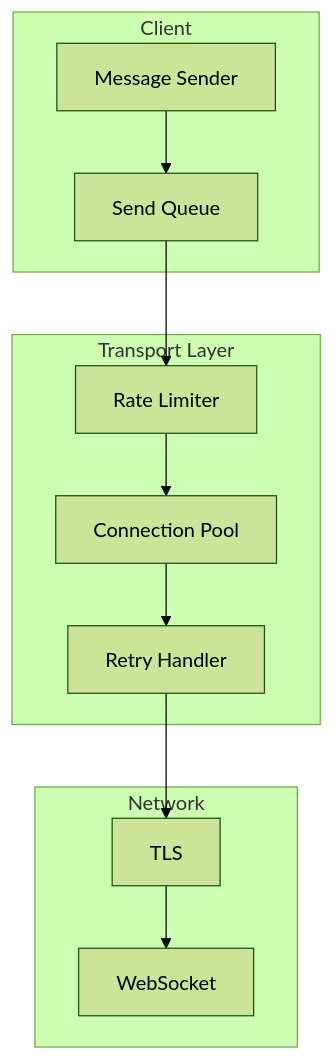
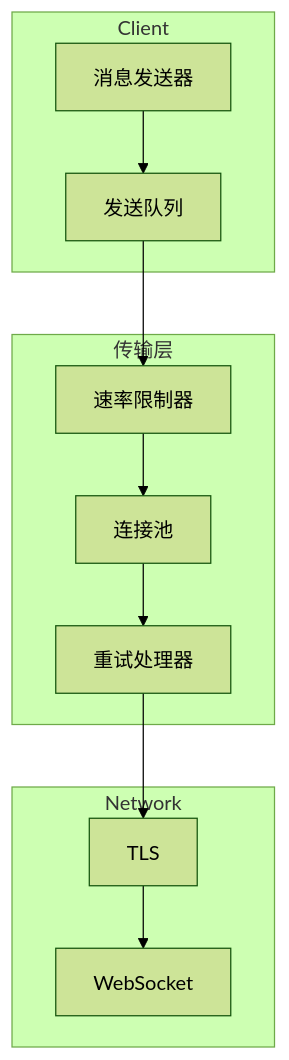
Before and after one commit to a576378368/openclaw_docs: the first of 3 diagrams in docs/zh/architecture-book/part-5-channels/05-transport-layer.md, drawn with Mermaid (forest theme). The commit also changed other lines of this file and 13 other files, not shown here.

````diff
--- a/docs/zh/architecture-book/part-5-channels/05-transport-layer.md
+++ b/docs/zh/architecture-book/part-5-channels/05-transport-layer.md
@@ -17,25 +17,25 @@
 ```mermaid
 flowchart TB
     subgraph Client
-        Sender[Message Sender]
-        Queue[Send Queue]
+        Sender[消息发送器]
+        Queue[发送队列]
     end
 
-    subgraph Transport["Transport Layer"]
-        Pool[Connection Pool]
-        Limiter[Rate Limiter]
-        Retry[Retry Handler]
+    subgraph Transport["传输层"]
+        Pool[连接池]
+        Limiter[速率限制器]
+        Retry[重试处理器]
     end
 
     subgraph Network
         TLS[TLS]
         WebSocket[WebSocket]
     end
 
     Sender --> Queue
     Queue --> Limiter
     Limiter --> Pool
     Pool --> Retry
     Retry --> TLS
     TLS --> WebSocket
 ```
````
